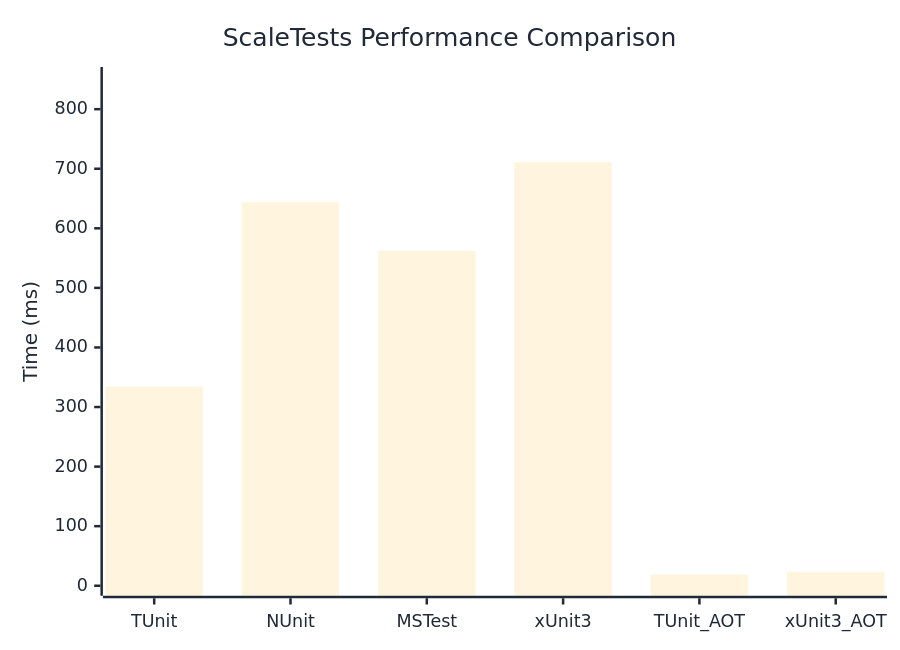
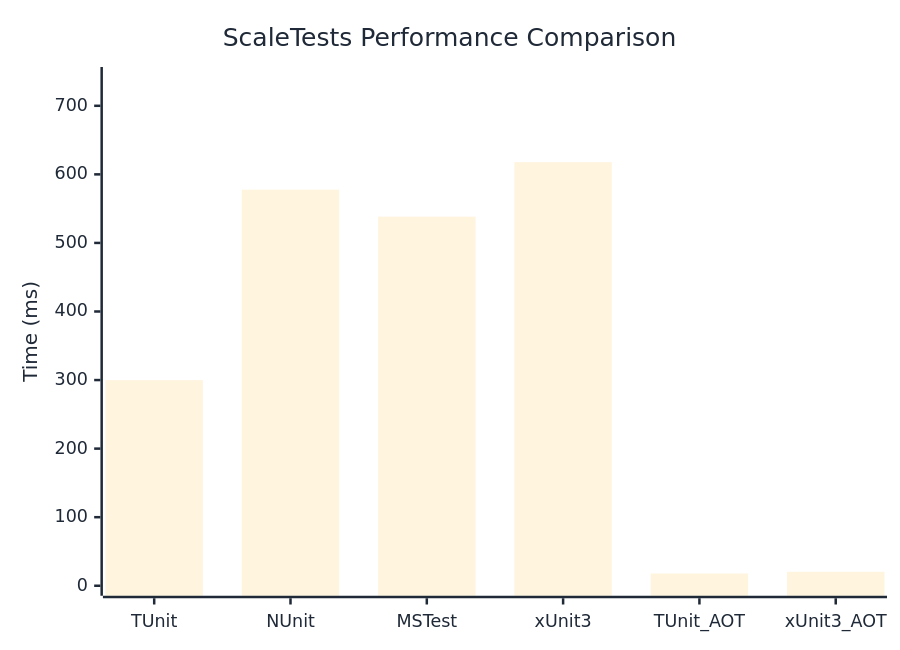
Before and after one commit to thomhurst/TUnit: the diagram in docs/docs/benchmarks/engine/ScaleTests.md, drawn with Mermaid. The commit also changed other lines of this file and 18 other files, not shown here.

````diff
--- a/docs/docs/benchmarks/engine/ScaleTests.md
+++ b/docs/docs/benchmarks/engine/ScaleTests.md
@@ -30,37 +30,37 @@
 ```mermaid
 %%{init: {
   'theme':'base',
   'themeVariables': {
     'primaryColor': '#2563eb',
     'primaryTextColor': '#1f2937',
     'primaryBorderColor': '#1e40af',
     'lineColor': '#6b7280',
     'secondaryColor': '#7c3aed',
     'tertiaryColor': '#dc2626',
     'background': '#ffffff',
     'mainBkg': '#2563eb',
     'secondBkg': '#7c3aed',
     'tertiaryBkg': '#dc2626',
     'clusterBkg': '#f3f4f6',
     'edgeLabelBackground': '#ffffff',
     'tertiaryTextColor': '#1f2937',
     'pie1': '#2563eb',
     'pie2': '#7c3aed',
     'pie3': '#dc2626',
     'pie4': '#f59e0b',
     'pie5': '#10b981',
     'pie6': '#06b6d4',
     'pie7': '#ec4899',
     'pie8': '#6366f1',
     'pie9': '#84cc16',
     'pie10': '#f97316',
     'pie11': '#14b8a6',
     'pie12': '#a855f7'
   }
 }}%%
 xychart-beta
   title "ScaleTests Performance Comparison"
   x-axis ["TUnit", "NUnit", "MSTest", "xUnit3", "TUnit_AOT", "xUnit3_AOT"]
-  y-axis "Time (ms)" 0 --> 854
-  bar [334.54, 643.81, 562.39, 710.91, 18.88, 23.38]
+  y-axis "Time (ms)" 0 --> 742
+  bar [299.85, 577.67, 538.3, 617.79, 17.77, 20.37]
 ```
````
